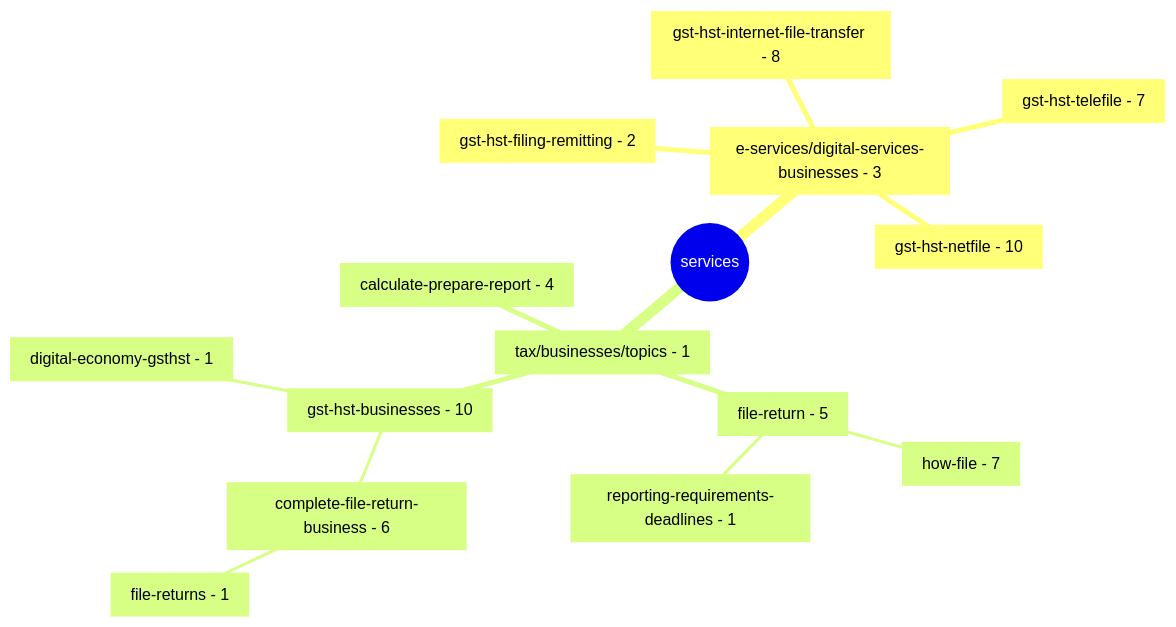
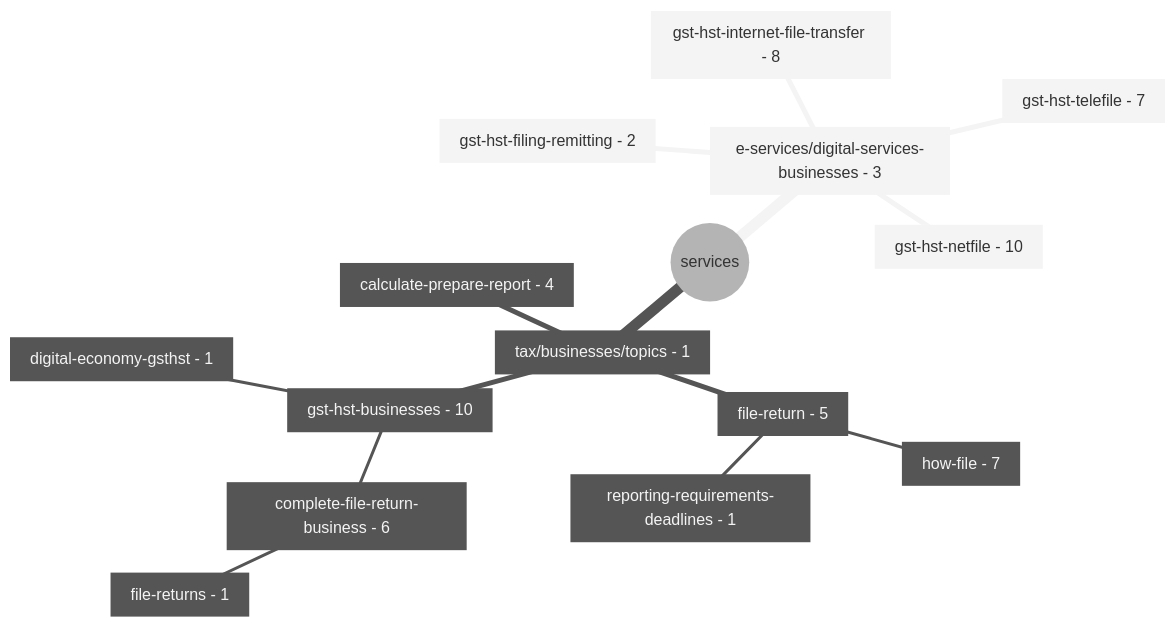
Before and after one commit to cra-proto/gst-hst-business: the second of 2 diagrams in README.md, drawn with Mermaid.

````diff
--- a/README.md
+++ b/README.md
@@ -99,18 +99,22 @@
 ```mermaid
+---
+config:
+  theme: 'neutral'
+---
 mindmap
   root((services))
     [e-services/digital-services-businesses - 3]
       [gst-hst-filing-remitting - 2]
       [gst-hst-internet-file-transfer - 8]
       [gst-hst-netfile - 10]
       [gst-hst-telefile - 7]
     [tax/businesses/topics - 1]
       [calculate-prepare-report - 4]
       [file-return - 5]
         [how-file - 7]
         [reporting-requirements-deadlines - 1]
       [gst-hst-businesses - 10]
         [complete-file-return-business - 6]
           [file-returns - 1]
         [digital-economy-gsthst - 1]
 ```
````
